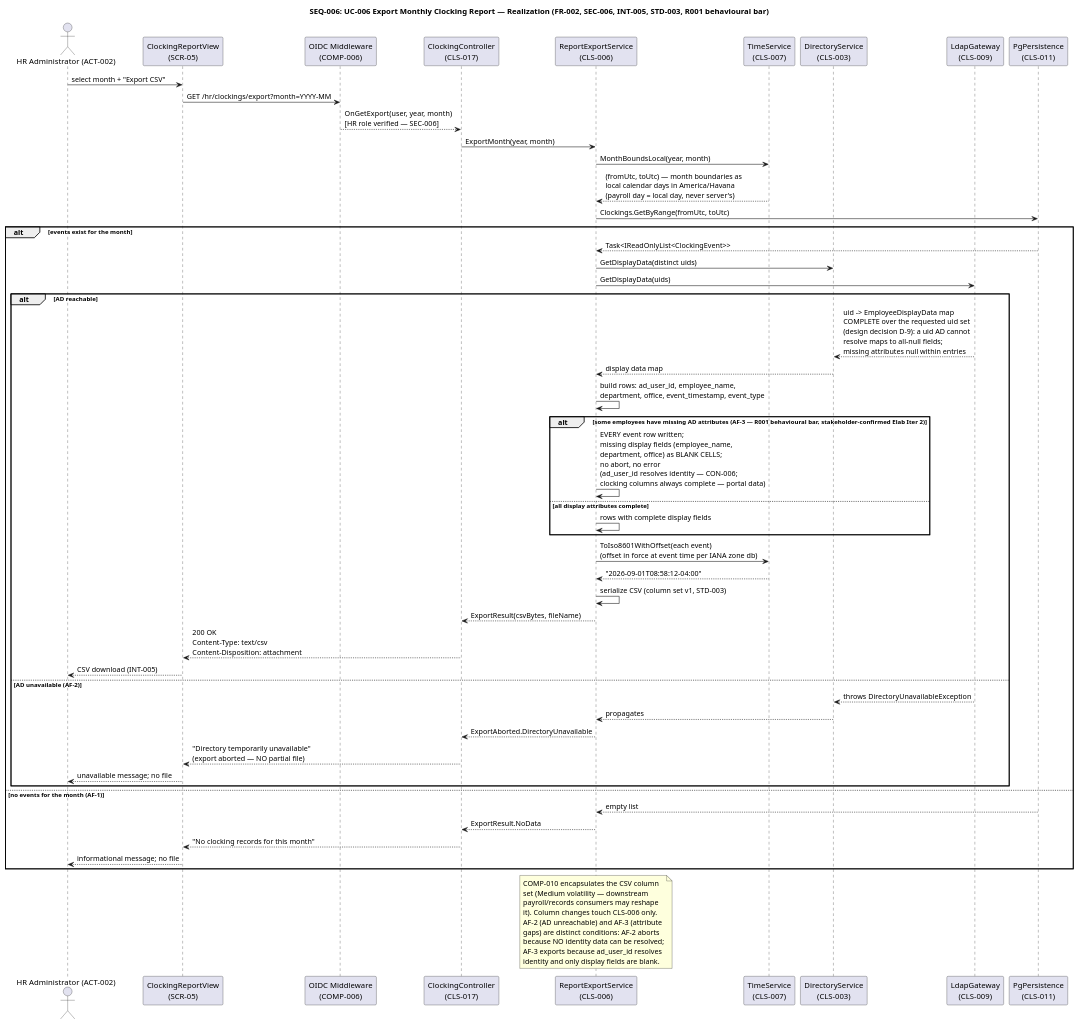
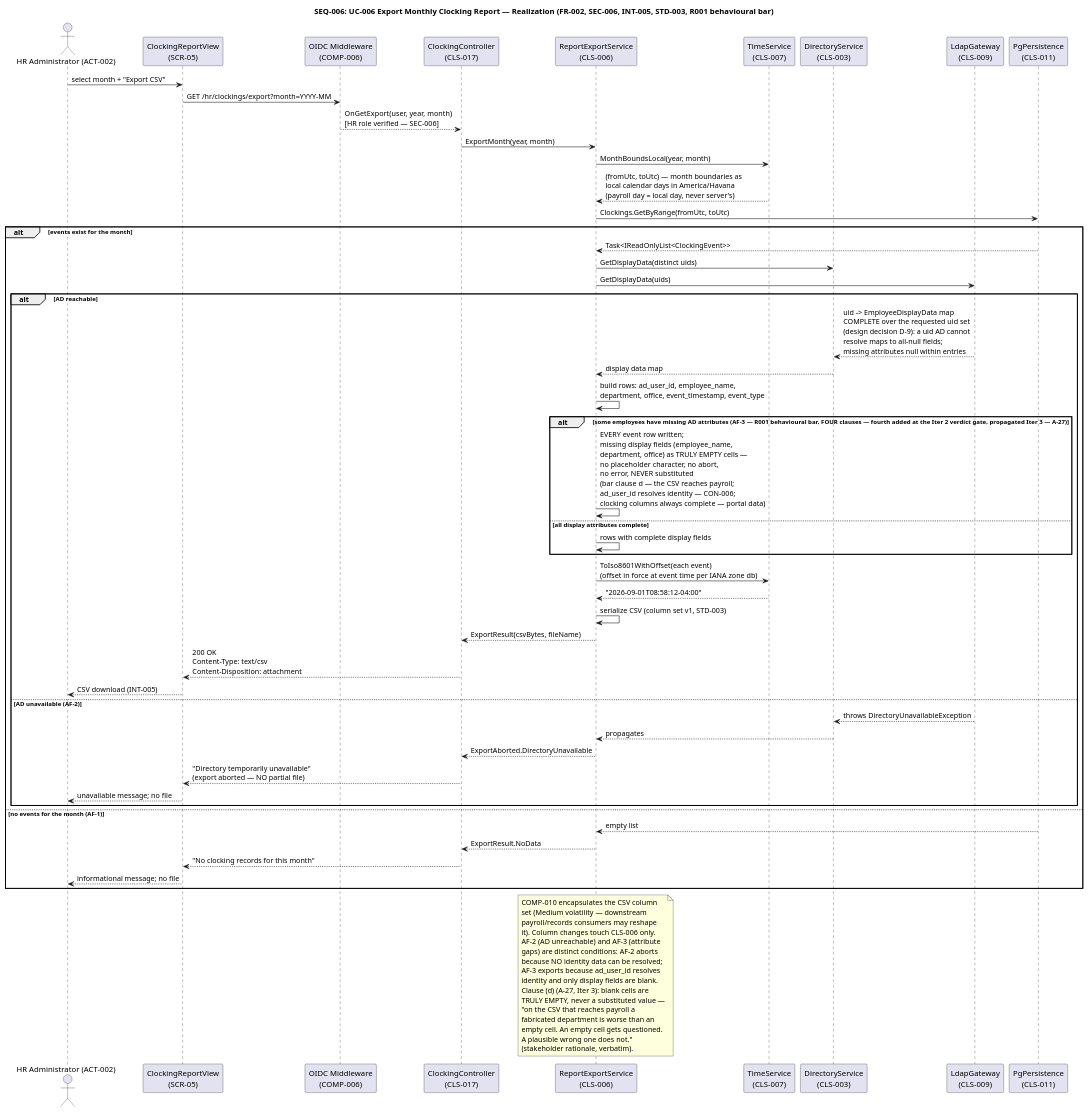
Before and after one commit to banense-test/employee-portal: the eighth of 26 diagrams in docs/artifacts/analysis---design/design-model.md, drawn with PlantUML. The commit also changed other lines of this file, not shown here.

````diff
--- a/docs/artifacts/analysis---design/design-model.md
+++ b/docs/artifacts/analysis---design/design-model.md
@@ -607,66 +622,73 @@
 ```plantuml
 @startuml
 title SEQ-006: UC-006 Export Monthly Clocking Report — Realization (FR-002, SEC-006, INT-005, STD-003, R001 behavioural bar)
 
 actor "HR Administrator (ACT-002)" as HR
 participant "ClockingReportView\n(SCR-05)" as VIEW
 participant "OIDC Middleware\n(COMP-006)" as MW
 participant "ClockingController\n(CLS-017)" as CTL
 participant "ReportExportService\n(CLS-006)" as EXP
 participant "TimeService\n(CLS-007)" as TIME
 participant "DirectoryService\n(CLS-003)" as DIR
 participant "LdapGateway\n(CLS-009)" as LDAP
 participant "PgPersistence\n(CLS-011)" as PG
 
 HR -> VIEW : select month + "Export CSV"
 VIEW -> MW : GET /hr/clockings/export?month=YYYY-MM
 MW --> CTL : OnGetExport(user, year, month)\n[HR role verified — SEC-006]
 CTL -> EXP : ExportMonth(year, month)
 EXP -> TIME : MonthBoundsLocal(year, month)
 TIME --> EXP : (fromUtc, toUtc) — month boundaries as\nlocal calendar days in America/Havana\n(payroll day = local day, never server's)
 EXP -> PG : Clockings.GetByRange(fromUtc, toUtc)
 alt events exist for the month
   PG --> EXP : Task<IReadOnlyList<ClockingEvent>>
   EXP -> DIR : GetDisplayData(distinct uids)
   EXP -> LDAP : GetDisplayData(uids)
   alt AD reachable
     LDAP --> DIR : uid -> EmployeeDisplayData map\nCOMPLETE over the requested uid set\n(design decision D-9): a uid AD cannot\nresolve maps to all-null fields;\nmissing attributes null within entries
     DIR --> EXP : display data map
     EXP -> EXP : build rows: ad_user_id, employee_name,\ndepartment, office, event_timestamp, event_type
-    alt some employees have missing AD attributes (AF-3 — R001 behavioural bar, stakeholder-confirmed Elab Iter 2)
-      EXP -> EXP : EVERY event row written;\nmissing display fields (employee_name,\ndepartment, office) as BLANK CELLS;\nno abort, no error\n(ad_user_id resolves identity — CON-006;\nclocking columns always complete — portal data)
+    alt some employees have missing AD attributes (AF-3 — R001 behavioural bar, FOUR clauses — fourth added at the Iter 2 verdict gate, propagated Iter 3 — A-27)
+      EXP -> EXP : EVERY event row written;\nmissing display fields (employee_name,\ndepartment, office) as TRULY EMPTY cells —\nno placeholder character, no abort,\nno error, NEVER substituted\n(bar clause d — the CSV reaches payroll;\nad_user_id resolves identity — CON-006;\nclocking columns always complete — portal data)
     else all display attributes complete
       EXP -> EXP : rows with complete display fields
     end
     EXP -> TIME : ToIso8601WithOffset(each event)\n(offset in force at event time per IANA zone db)
     TIME --> EXP : "2026-09-01T08:58:12-04:00"
     EXP -> EXP : serialize CSV (column set v1, STD-003)
     EXP --> CTL : ExportResult(csvBytes, fileName)
     CTL --> VIEW : 200 OK\nContent-Type: text/csv\nContent-Disposition: attachment
     VIEW --> HR : CSV download (INT-005)
   else AD unavailable (AF-2)
     LDAP --> DIR : throws DirectoryUnavailableException
     DIR --> EXP : propagates
     EXP --> CTL : ExportAborted.DirectoryUnavailable
     CTL --> VIEW : "Directory temporarily unavailable"\n(export aborted — NO partial file)
     VIEW --> HR : unavailable message; no file
   end
 else no events for the month (AF-1)
   PG --> EXP : empty list
   EXP --> CTL : ExportResult.NoData
   CTL --> VIEW : "No clocking records for this month"
   VIEW --> HR : informational message; no file
 end
 note over EXP
   COMP-010 encapsulates the CSV column
   set (Medium volatility — downstream
   payroll/records consumers may reshape
   it). Column changes touch CLS-006 only.
   AF-2 (AD unreachable) and AF-3 (attribute
   gaps) are distinct conditions: AF-2 aborts
   because NO identity data can be resolved;
   AF-3 exports because ad_user_id resolves
   identity and only display fields are blank.
+  Clause (d) (A-27, Iter 3): blank cells are
+  TRULY EMPTY, never a substituted value —
+  "on the CSV that reaches payroll a
+  fabricated department is worse than an
+  empty cell. An empty cell gets questioned.
+  A plausible wrong one does not."
+  (stakeholder rationale, verbatim).
 end note
 @enduml
 ```
````
